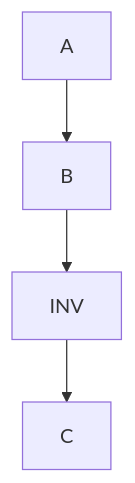
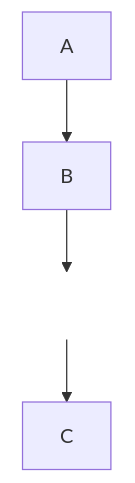
One commit to cquark/Minio_Code_Analysis changed the diagram in temp/test.md. Above: the diagram before and after it, drawn with Mermaid.

````diff
--- a/temp/test.md
+++ b/temp/test.md
@@ -3,6 +3,8 @@
 ```mermaid
 graph TD
     A --> B
-    B --> INV:::invisible
+    B --> INV:::inv
     INV --> C
+
+    classDef inv fill:#ffffff00,stroke:#ffffff00,color:#ffffff00;
 ```
````
